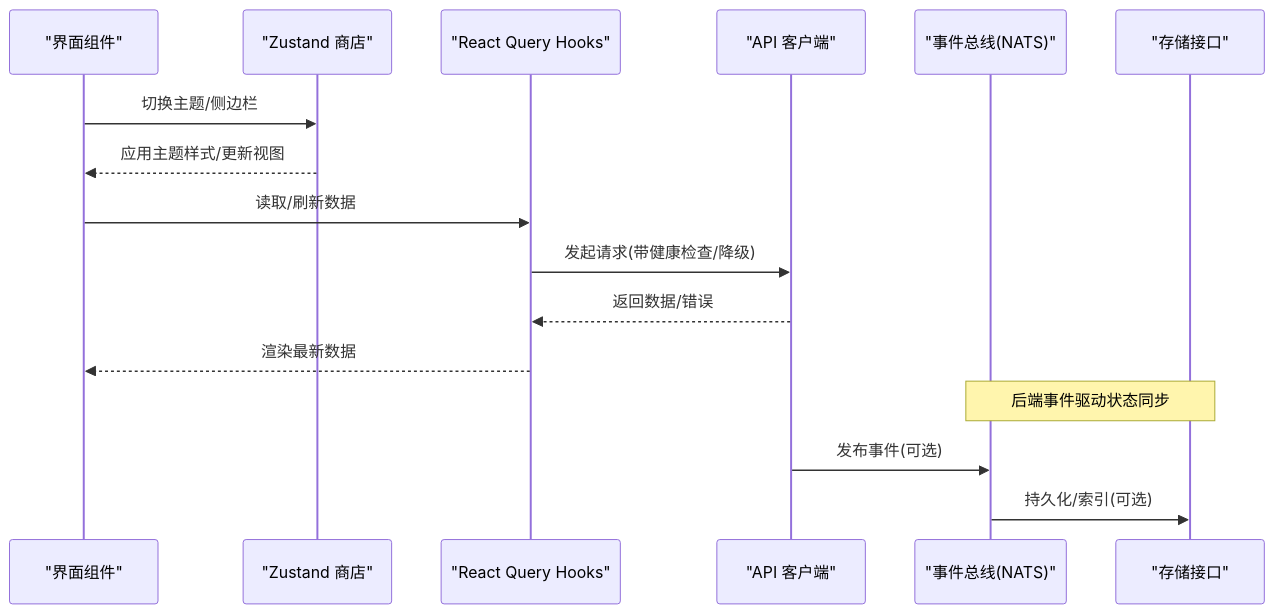
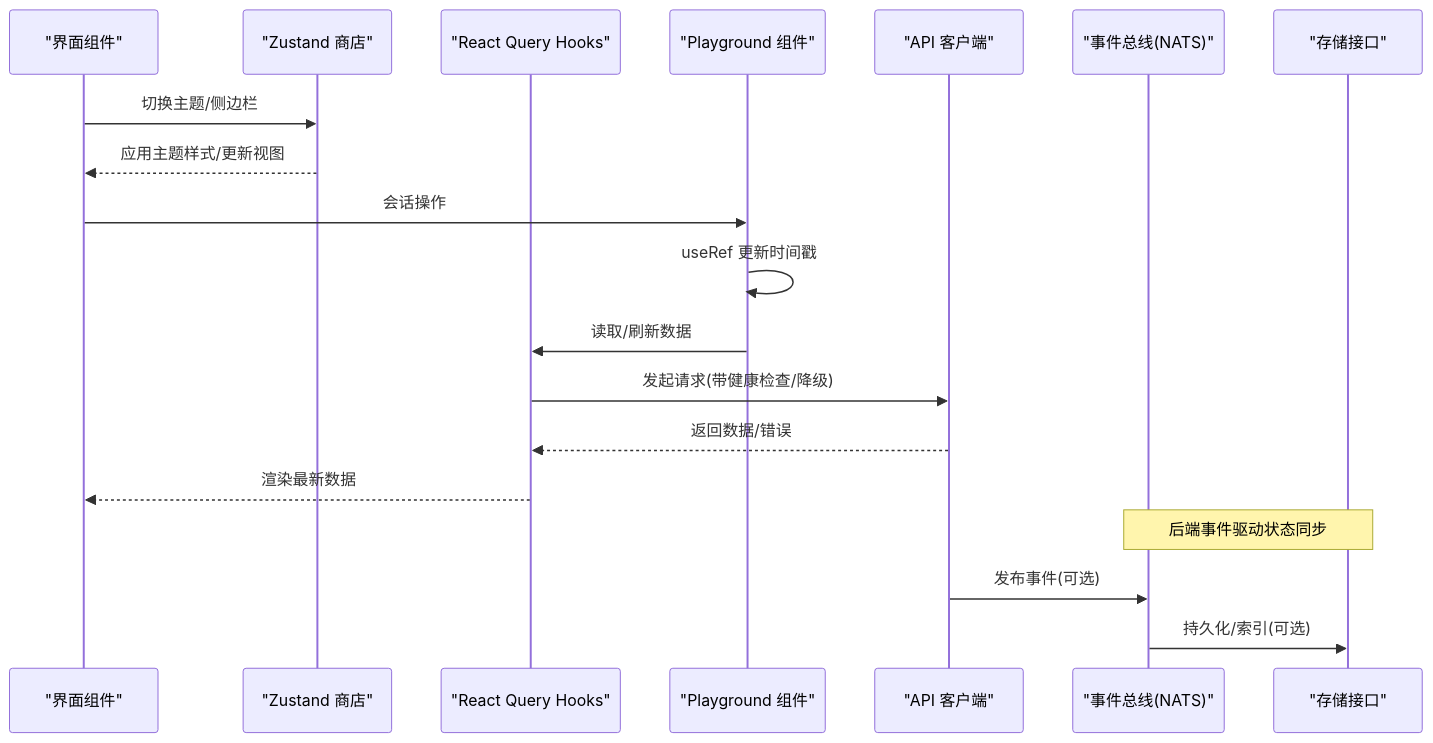
One commit to ai-guru-global/resolve-agent changed the second of 8 diagrams in .qoder/repowiki/zh/content/用户界面/Web 界面/状态管理.md. Above: the diagram before and after it, drawn with Mermaid. The commit also changed other lines of this file and 34 other files, not shown here.

````diff
--- a/.qoder/repowiki/zh/content/用户界面/Web 界面/状态管理.md
+++ b/.qoder/repowiki/zh/content/用户界面/Web 界面/状态管理.md
@@ -116,18 +133,21 @@
 ```mermaid
 sequenceDiagram
 participant UI as "界面组件"
 participant Store as "Zustand 商店"
 participant Hooks as "React Query Hooks"
+participant Playground as "Playground 组件"
 participant API as "API 客户端"
 participant Bus as "事件总线(NATS)"
 participant StoreIF as "存储接口"
 UI->>Store : 切换主题/侧边栏
 Store-->>UI : 应用主题样式/更新视图
-UI->>Hooks : 读取/刷新数据
+UI->>Playground : 会话操作
+Playground->>Playground : useRef 更新时间戳
+Playground->>Hooks : 读取/刷新数据
 Hooks->>API : 发起请求(带健康检查/降级)
 API-->>Hooks : 返回数据/错误
 Hooks-->>UI : 渲染最新数据
 Note over Bus,StoreIF : 后端事件驱动状态同步
 API->>Bus : 发布事件(可选)
 Bus->>StoreIF : 持久化/索引(可选)
 ```
````
